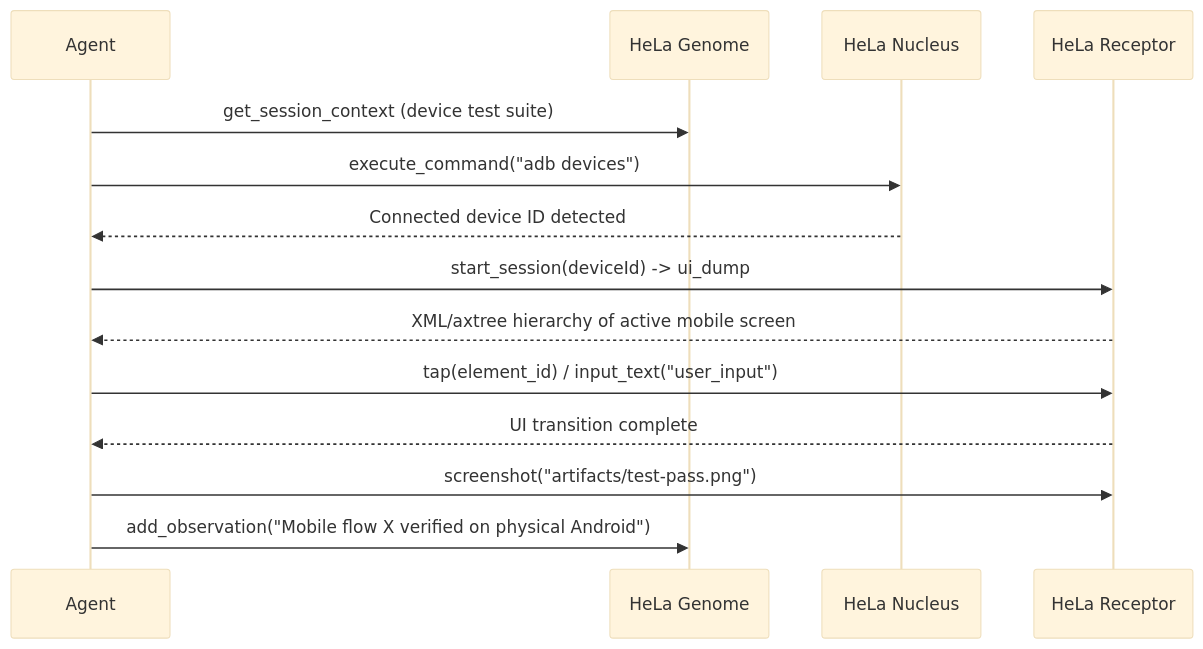
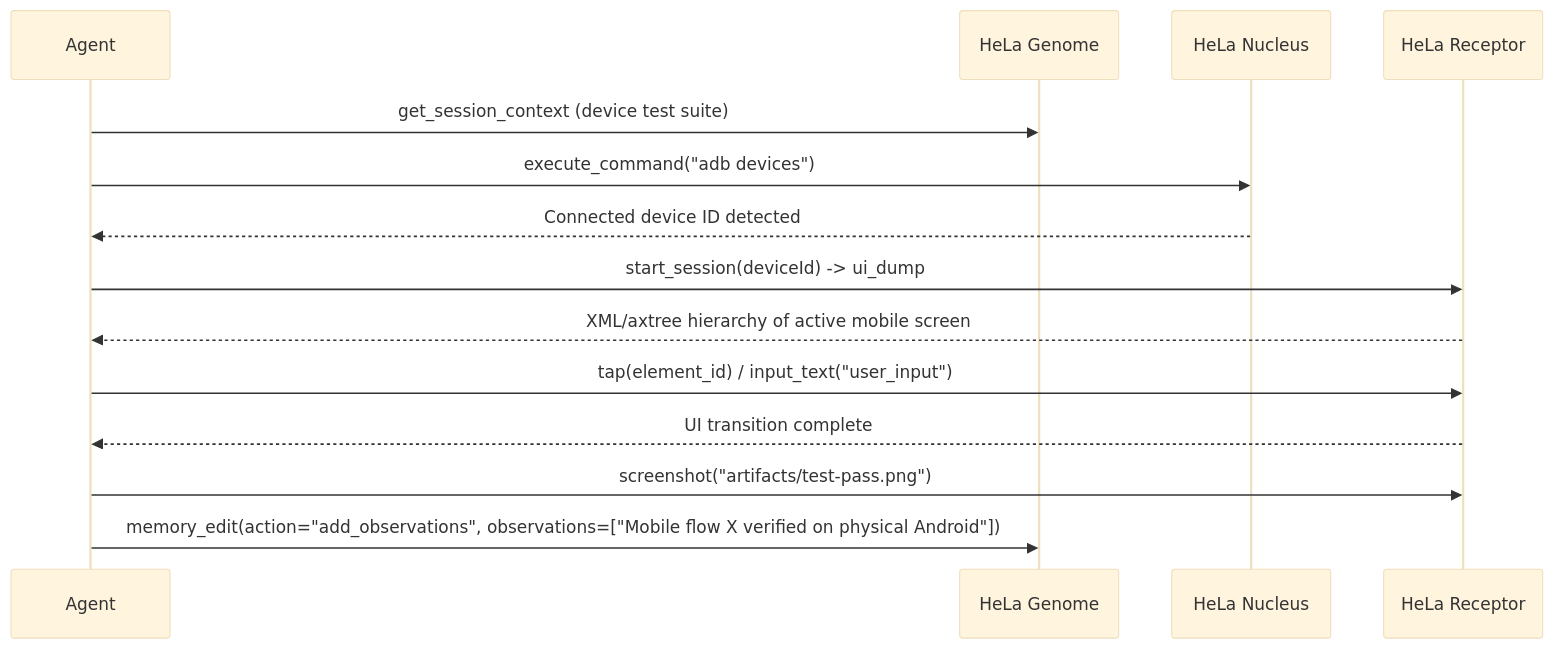
One commit to 1999AZZAR/hela-mcp-ecosystem changed the fifth of 7 diagrams in docs/workflows.md. Above: the diagram before and after it, drawn with Mermaid (base theme). The commit also changed other lines of this file and 25 other files, not shown here.

````diff
--- a/docs/workflows.md
+++ b/docs/workflows.md
@@ -145,17 +145,17 @@
 ```mermaid
 sequenceDiagram
     participant Agent
     participant Genome as HeLa Genome
     participant Nucleus as HeLa Nucleus
     participant Receptor as HeLa Receptor
 
     Agent->>Genome: get_session_context (device test suite)
     Agent->>Nucleus: execute_command("adb devices")
     Nucleus-->>Agent: Connected device ID detected
     Agent->>Receptor: start_session(deviceId) -> ui_dump
     Receptor-->>Agent: XML/axtree hierarchy of active mobile screen
     Agent->>Receptor: tap(element_id) / input_text("user_input")
     Receptor-->>Agent: UI transition complete
     Agent->>Receptor: screenshot("artifacts/test-pass.png")
-    Agent->>Genome: add_observation("Mobile flow X verified on physical Android")
+    Agent->>Genome: memory_edit(action="add_observations", observations=["Mobile flow X verified on physical Android"])
 ```
````
